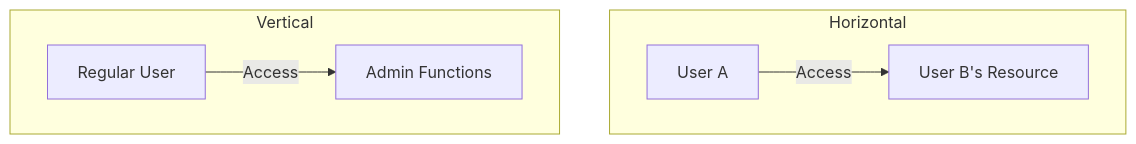
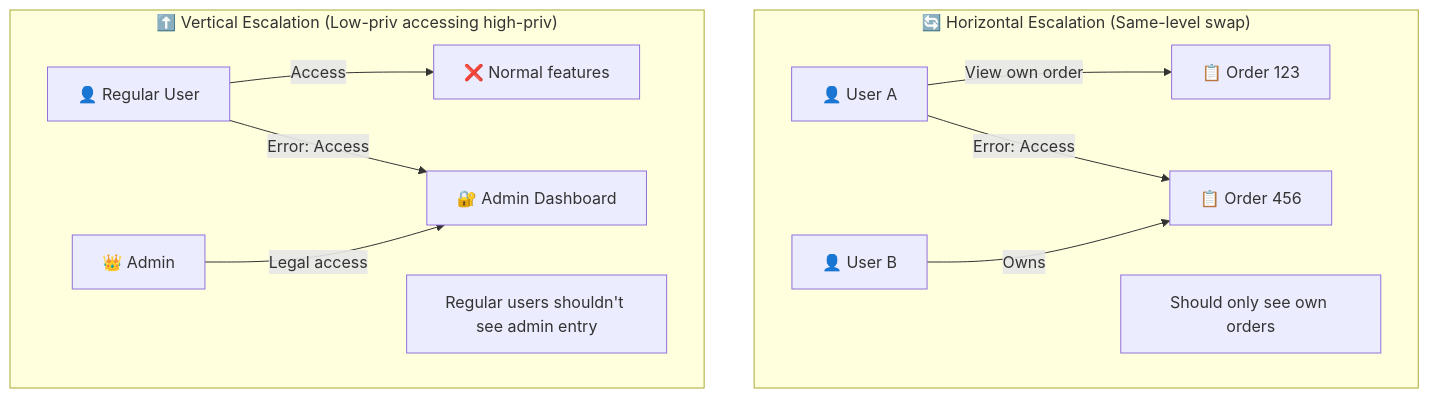
Before and after one commit to zhangshichuan/maxzhang.site: the fourth of 14 diagrams in articles/en/nodejs-security-guide.mdx, drawn with Mermaid. The commit also changed other lines of this file and 1 other file, not shown here.

````diff
--- a/articles/en/nodejs-security-guide.mdx
+++ b/articles/en/nodejs-security-guide.mdx
@@ -109,9 +408,16 @@
 ```mermaid
 flowchart TD
-    subgraph Horizontal
-        A[User A] -- Access --> B[User B's Resource]
+    subgraph Horizontal["🔄 Horizontal Escalation (Same-level swap)"]
+        A[👤 User A] -->|View own order| O1[📋 Order 123]
+        A -->|Error: Access| O2[📋 Order 456]
+        B[👤 User B] -->|Owns| O2
+        NoteAB[Should only see own orders]
     end
-    subgraph Vertical
-        C[Regular User] -- Access --> D[Admin Functions]
+
+    subgraph Vertical["⬆️ Vertical Escalation (Low-priv accessing high-priv)"]
+        C[👤 Regular User] -->|Access| N1[❌ Normal features]
+        C -->|Error: Access| D1[🔐 Admin Dashboard]
+        D[👑 Admin] -->|Legal access| D1
+        NoteCD[Regular users shouldn't see admin entry]
     end
 ```
````
